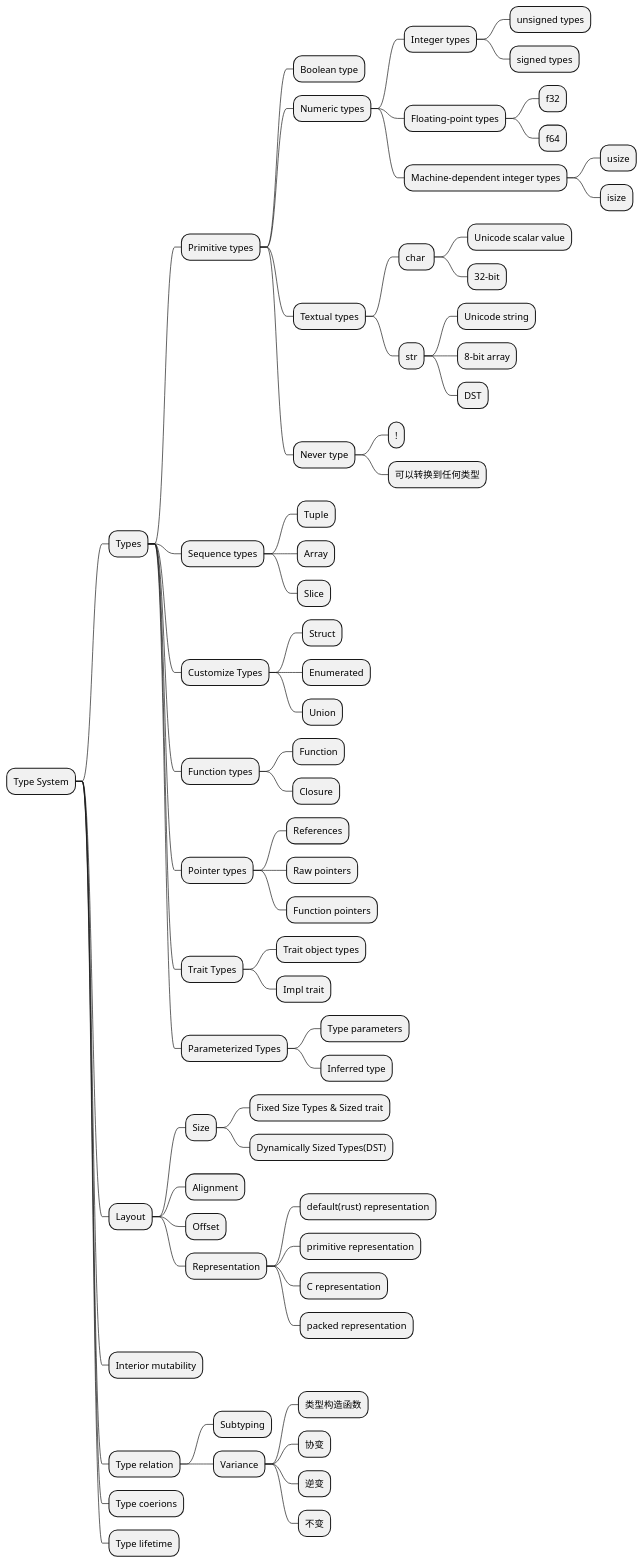
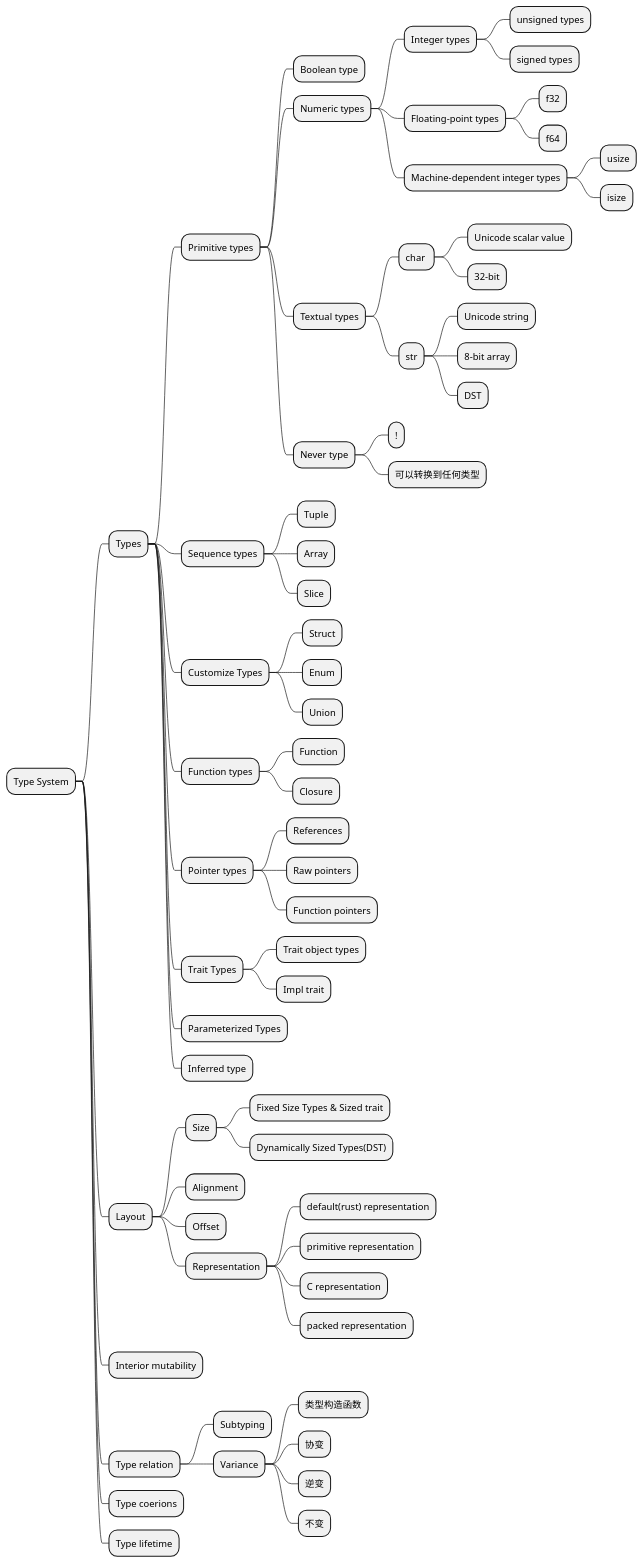
Before and after one commit to F-12/Hexo: the third of 4 diagrams in source/_drafts/砖瓦集——Rust-Type-System.md, drawn with PlantUML. The commit also changed 1 other file, not shown here.

Commit message:
add rust mindmap

```diff
--- a/source/_drafts/砖瓦集——Rust-Type-System.md
+++ b/source/_drafts/砖瓦集——Rust-Type-System.md
@@ -126,7 +126,7 @@
 
 *** Customize Types
 **** Struct
-**** Enumerated
+**** Enum
 **** Union
 
 *** Function types
@@ -143,8 +143,7 @@
 **** Impl trait
 
 *** Parameterized Types
-**** Type parameters
-**** Inferred type
+*** Inferred type
 
 ** Layout
 *** Size
```
